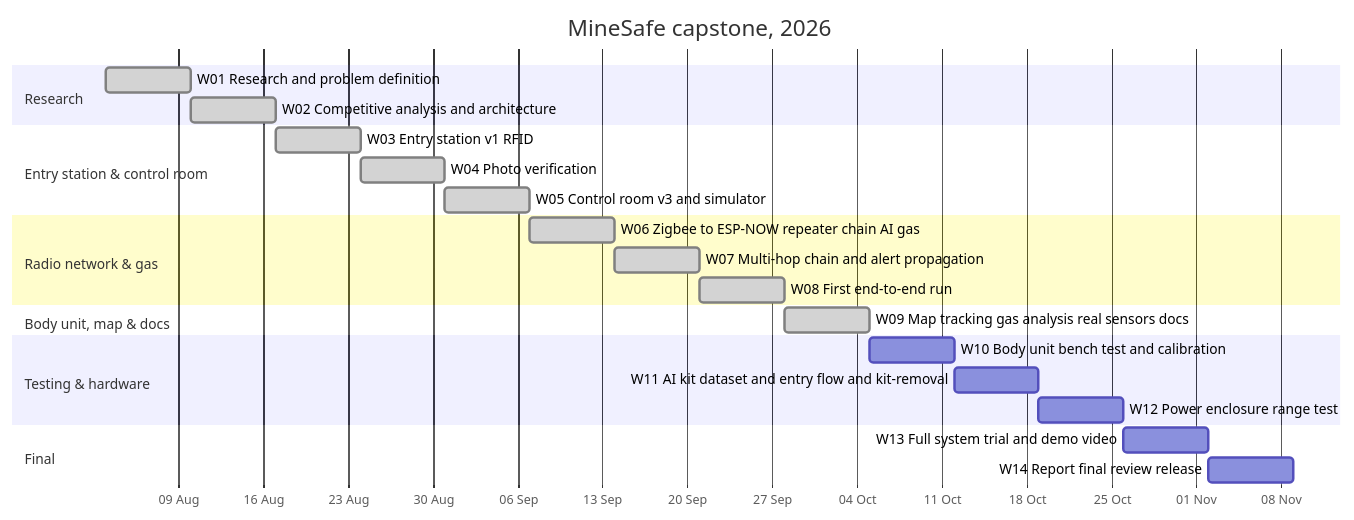
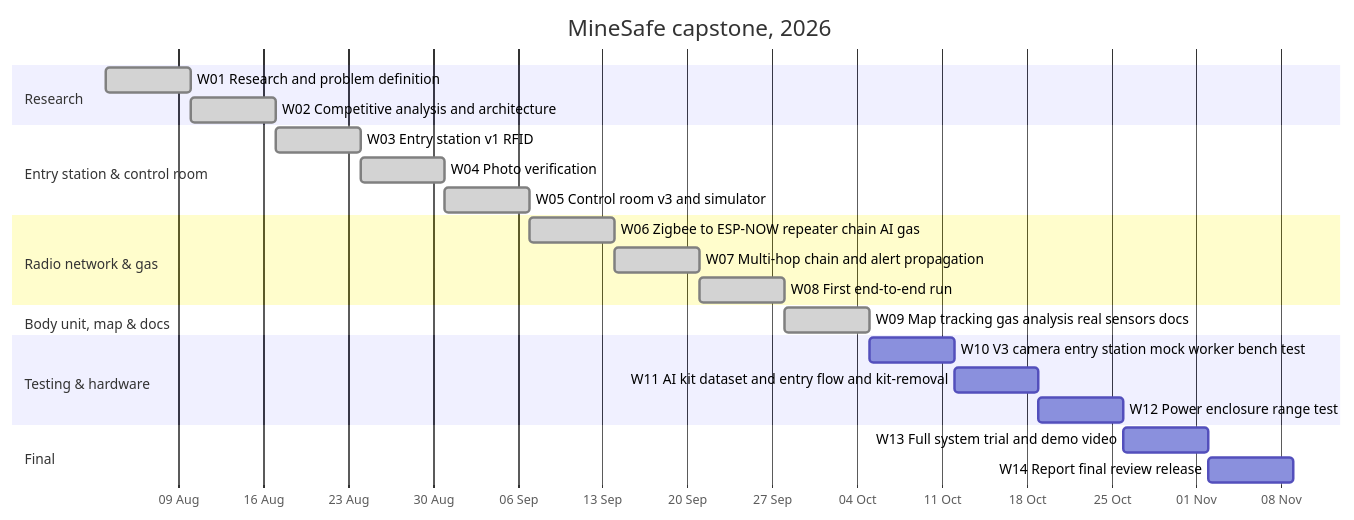
The first of 2 diagrams in ROADMAP.md (Manas-36/MINESAFE), drawn with Mermaid before and after one commit. The commit also changed other lines of this file and 4 other files, not shown here.

````diff
--- a/ROADMAP.md
+++ b/ROADMAP.md
@@ -42,27 +42,27 @@
 ```mermaid
 gantt
     title MineSafe capstone, 2026
     dateFormat YYYY-MM-DD
     axisFormat %d %b
     todayMarker stroke-width:3px,stroke:#F2A900
     section Research
     W01 Research and problem definition :done, w1, 2026-08-03, 7d
     W02 Competitive analysis and architecture :done, w2, 2026-08-10, 7d
     section Entry station & control room
     W03 Entry station v1 RFID :done, w3, 2026-08-17, 7d
     W04 Photo verification :done, w4, 2026-08-24, 7d
     W05 Control room v3 and simulator :done, w5, 2026-08-31, 7d
     section Radio network & gas
     W06 Zigbee to ESP-NOW repeater chain AI gas :done, w6, 2026-09-07, 7d
     W07 Multi-hop chain and alert propagation :done, w7, 2026-09-14, 7d
     W08 First end-to-end run :done, w8, 2026-09-21, 7d
     section Body unit, map & docs
     W09 Map tracking gas analysis real sensors docs :done, w9, 2026-09-28, 7d
     section Testing & hardware
-    W10 Body unit bench test and calibration : w10, 2026-10-05, 7d
+    W10 V3  camera entry station mock worker bench test : w10, 2026-10-05, 7d
     W11 AI kit dataset and entry flow and kit-removal : w11, 2026-10-12, 7d
     W12 Power enclosure range test : w12, 2026-10-19, 7d
     section Final
     W13 Full system trial and demo video : w13, 2026-10-26, 7d
     W14 Report final review release : w14, 2026-11-02, 7d
 ```
````
